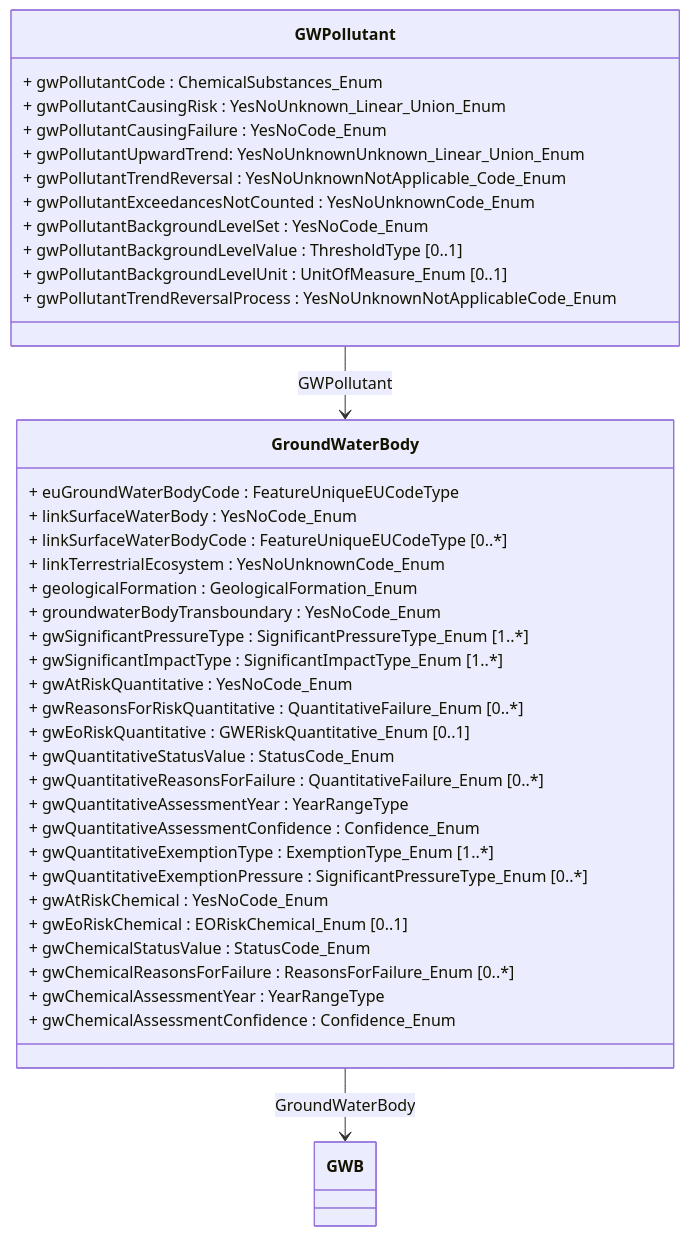
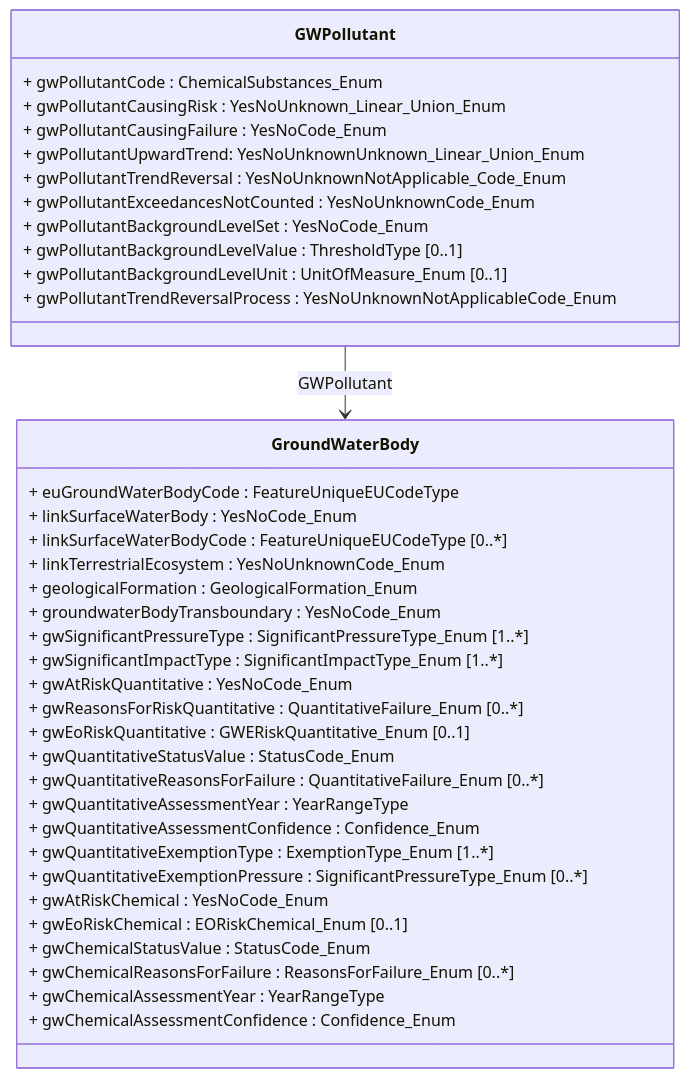
One commit to eeadata/WISE.WFD.Documentation changed the diagram in docs/DataModelReview/mmd/Groundwater_3rdCycle_GWB_Simplified_ClassDiagram.mmd. Above: the diagram before and after it, drawn with Mermaid.

Commit message:
Correction to Groundwater_3rdCycle_GWB_Simplified_ClassDiagram.mmd

```diff
--- a/docs/DataModelReview/mmd/Groundwater_3rdCycle_GWB_Simplified_ClassDiagram.mmd
+++ b/docs/DataModelReview/mmd/Groundwater_3rdCycle_GWB_Simplified_ClassDiagram.mmd
@@ -1,48 +1,47 @@
 %%{init: {'theme': 'default'}}%%
 
 classDiagram
 
 
 class GWPollutant {
   
   + gwPollutantCode : ChemicalSubstances_Enum
   + gwPollutantCausingRisk : YesNoUnknown_Linear_Union_Enum
   + gwPollutantCausingFailure : YesNoCode_Enum
   + gwPollutantUpwardTrend: YesNoUnknownUnknown_Linear_Union_Enum
   + gwPollutantTrendReversal : YesNoUnknownNotApplicable_Code_Enum
   + gwPollutantExceedancesNotCounted : YesNoUnknownCode_Enum
   + gwPollutantBackgroundLevelSet : YesNoCode_Enum
   + gwPollutantBackgroundLevelValue : ThresholdType [0..1]
   + gwPollutantBackgroundLevelUnit : UnitOfMeasure_Enum [0..1]
   + gwPollutantTrendReversalProcess : YesNoUnknownNotApplicableCode_Enum
 }
 
 class GroundWaterBody {
 
   + euGroundWaterBodyCode : FeatureUniqueEUCodeType
   + linkSurfaceWaterBody : YesNoCode_Enum
   + linkSurfaceWaterBodyCode : FeatureUniqueEUCodeType [0..*]
   + linkTerrestrialEcosystem : YesNoUnknownCode_Enum
   + geologicalFormation : GeologicalFormation_Enum
   + groundwaterBodyTransboundary : YesNoCode_Enum
   + gwSignificantPressureType : SignificantPressureType_Enum [1..*]
   + gwSignificantImpactType : SignificantImpactType_Enum [1..*]
   + gwAtRiskQuantitative : YesNoCode_Enum
   + gwReasonsForRiskQuantitative : QuantitativeFailure_Enum [0..*]
   + gwEoRiskQuantitative : GWERiskQuantitative_Enum [0..1]
   + gwQuantitativeStatusValue : StatusCode_Enum
   + gwQuantitativeReasonsForFailure : QuantitativeFailure_Enum [0..*]
   + gwQuantitativeAssessmentYear : YearRangeType
   + gwQuantitativeAssessmentConfidence : Confidence_Enum
   + gwQuantitativeExemptionType : ExemptionType_Enum [1..*]
   + gwQuantitativeExemptionPressure : SignificantPressureType_Enum [0..*]
   + gwAtRiskChemical : YesNoCode_Enum
   + gwEoRiskChemical : EORiskChemical_Enum [0..1]
   + gwChemicalStatusValue : StatusCode_Enum
   + gwChemicalReasonsForFailure : ReasonsForFailure_Enum [0..*]
   + gwChemicalAssessmentYear : YearRangeType
   + gwChemicalAssessmentConfidence : Confidence_Enum
 }
 
 GWPollutant --> GroundWaterBody : GWPollutant
-GroundWaterBody --> GWB : GroundWaterBody
```
